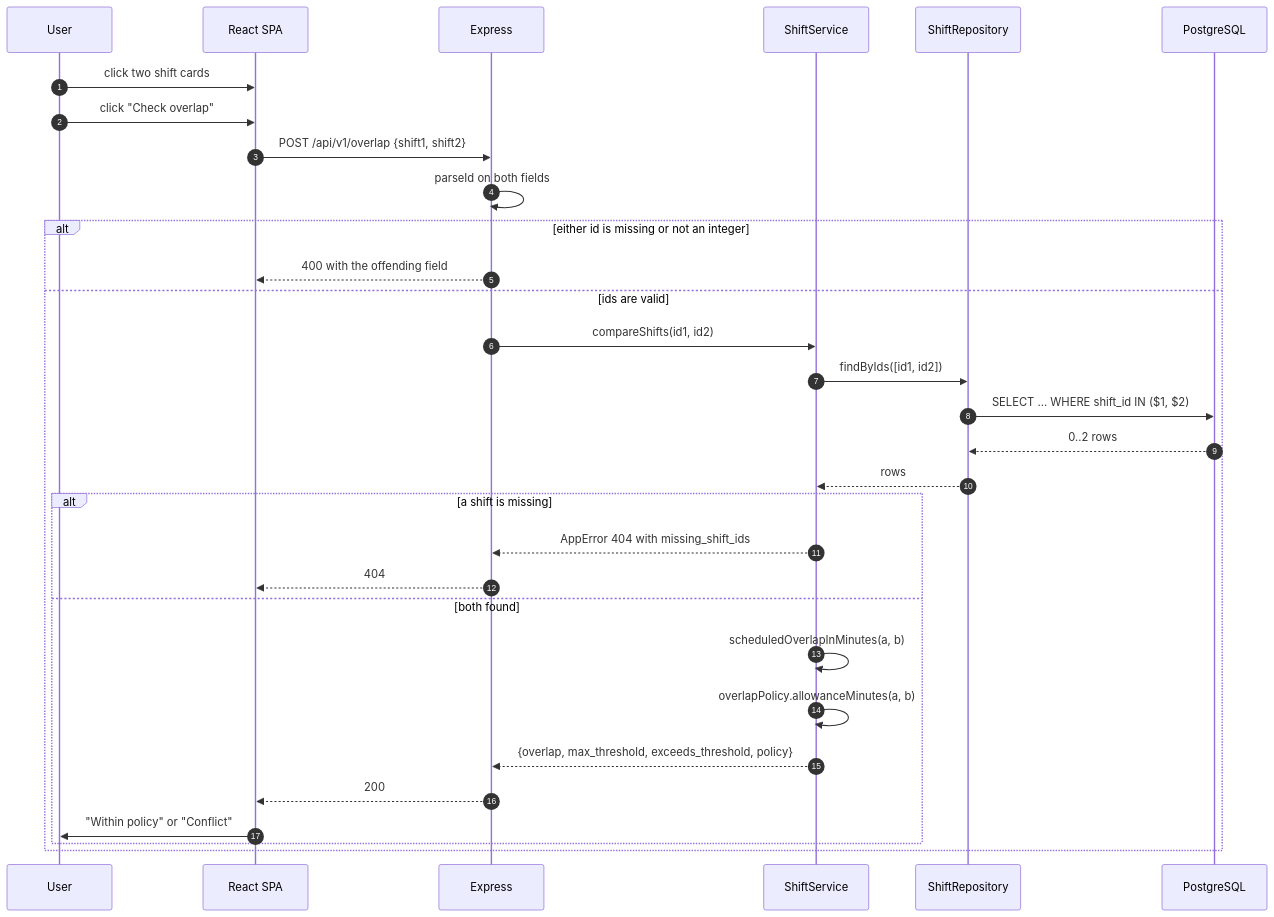
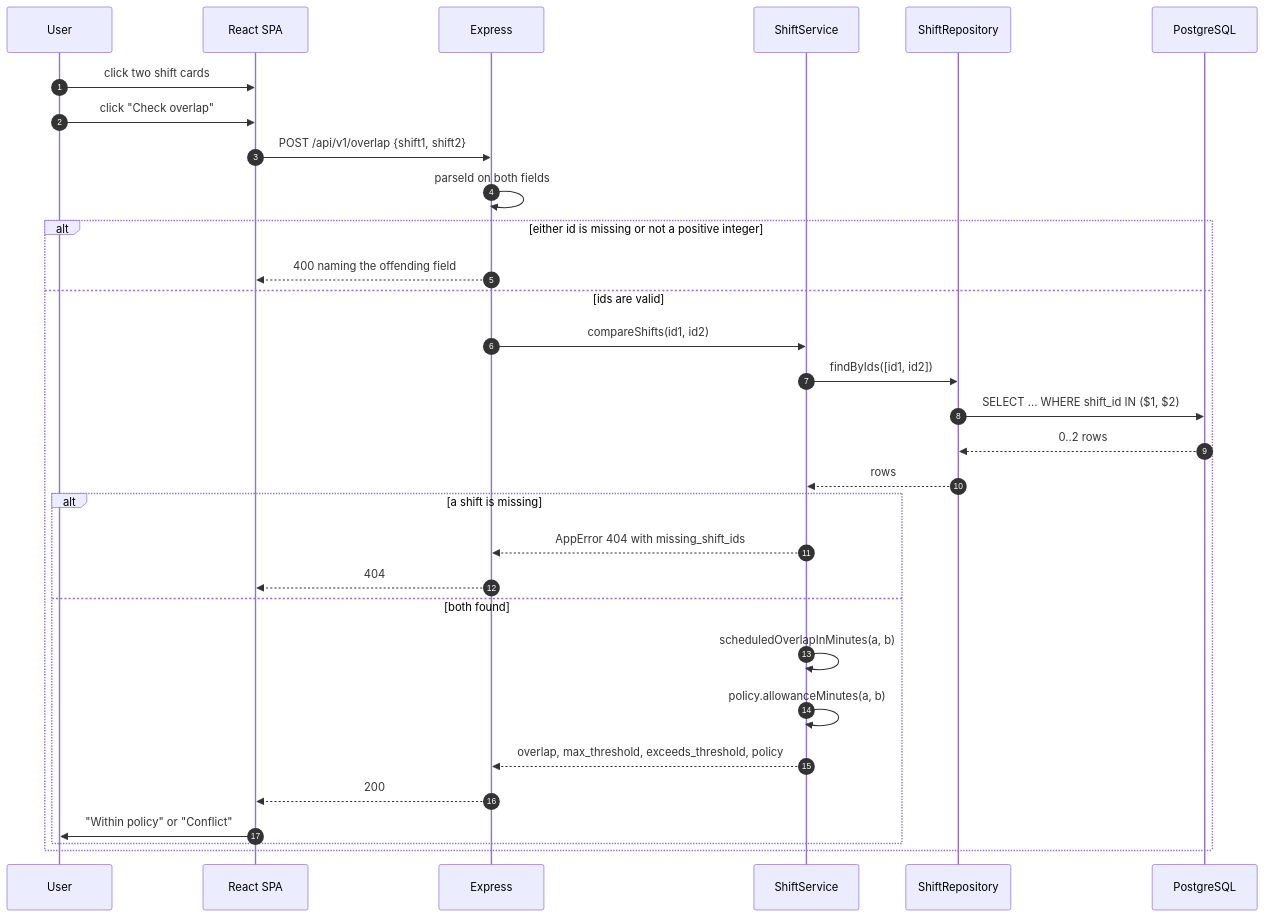
One commit to TCMS31/bravocare changed the first of 2 diagrams in README.md. Above: the diagram before and after it, drawn with Mermaid. The commit also changed other lines of this file, not shown here.

````diff
--- a/README.md
+++ b/README.md
@@ -79,34 +90,34 @@
 ```mermaid
 sequenceDiagram
   autonumber
   participant U as User
   participant UI as React SPA
   participant API as Express
   participant SV as ShiftService
   participant RP as ShiftRepository
   participant DB as PostgreSQL
 
   U->>UI: click two shift cards
   U->>UI: click "Check overlap"
   UI->>API: POST /api/v1/overlap {shift1, shift2}
   API->>API: parseId on both fields
-  alt either id is missing or not an integer
-    API-->>UI: 400 with the offending field
+  alt either id is missing or not a positive integer
+    API-->>UI: 400 naming the offending field
   else ids are valid
     API->>SV: compareShifts(id1, id2)
     SV->>RP: findByIds([id1, id2])
     RP->>DB: SELECT ... WHERE shift_id IN ($1, $2)
     DB-->>RP: 0..2 rows
     RP-->>SV: rows
     alt a shift is missing
       SV-->>API: AppError 404 with missing_shift_ids
       API-->>UI: 404
     else both found
       SV->>SV: scheduledOverlapInMinutes(a, b)
-      SV->>SV: overlapPolicy.allowanceMinutes(a, b)
-      SV-->>API: {overlap, max_threshold, exceeds_threshold, policy}
+      SV->>SV: policy.allowanceMinutes(a, b)
+      SV-->>API: overlap, max_threshold, exceeds_threshold, policy
       API-->>UI: 200
       UI->>U: "Within policy" or "Conflict"
     end
   end
 ```
````
